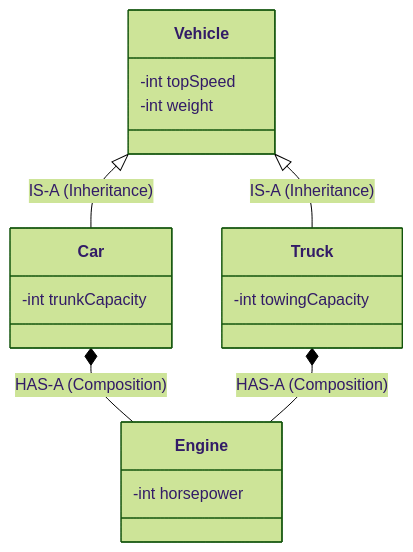
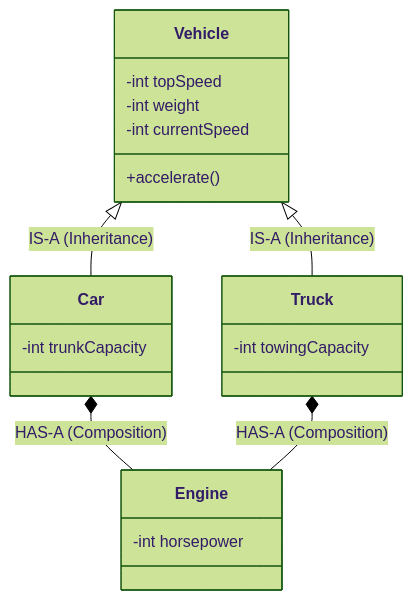
One commit to atkoehler/UIC-CS141-Public changed the second of 4 diagrams in notes/20261116/inheritance.md. Above: the diagram before and after it, drawn with Mermaid (forest theme). The commit also changed other lines of this file and 1 other file, not shown here.

````diff
--- a/notes/20261116/inheritance.md
+++ b/notes/20261116/inheritance.md
@@ -78,21 +83,23 @@
 ```mermaid
 classDiagram
     class Vehicle {
         -int topSpeed
         -int weight
+        -int currentSpeed
+        +accelerate()
     }
     class Car {
         -int trunkCapacity
     }
     class Truck {
         -int towingCapacity
     }
     class Engine {
         -int horsepower
     }
     
     Vehicle <|-- Car : IS-A (Inheritance)
     Vehicle <|-- Truck : IS-A (Inheritance)
     Car *-- Engine : HAS-A (Composition)
     Truck *-- Engine : HAS-A (Composition)
 ```
````
